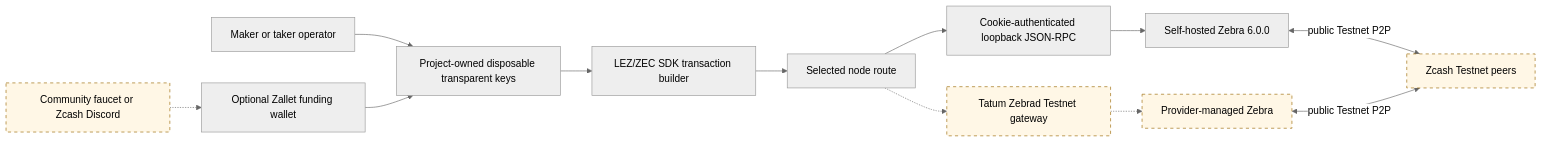
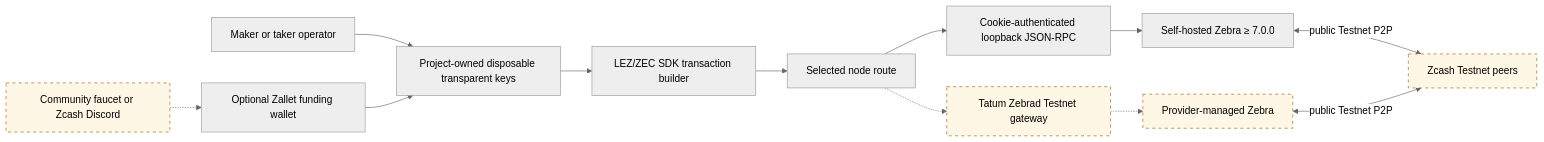
The diagram in docs/zcash-testnet-setup.md (gateway-fm/lez-atomic-swaps), drawn with Mermaid (neutral theme) before and after one commit. The commit also changed other lines of this file and 746 other files, not shown here.

````diff
--- a/docs/zcash-testnet-setup.md
+++ b/docs/zcash-testnet-setup.md
@@ -14,17 +24,17 @@
 ```mermaid
 flowchart LR
     Operator["Maker or taker operator"] --> Keys["Project-owned disposable transparent keys"]
     Keys --> SDK["LEZ/ZEC SDK transaction builder"]
     SDK --> Route["Selected node route"]
     Route --> RPC["Cookie-authenticated loopback JSON-RPC"]
-    RPC --> Zebra["Self-hosted Zebra 6.0.0"]
+    RPC --> Zebra["Self-hosted Zebra ≥ 7.0.0"]
     Zebra <-->|"public Testnet P2P"| Peers["Zcash Testnet peers"]
     Route -.-> Tatum["Tatum Zebrad Testnet gateway"]
     Tatum -.-> Managed["Provider-managed Zebra"]
     Managed <-->|"public Testnet P2P"| Peers
     Faucet["Community faucet or Zcash Discord"] -.-> Funding["Optional Zallet funding wallet"]
     Funding --> Keys
 
     classDef external stroke-dasharray: 5 5,fill:#fff7e6,stroke:#9a6700;
     class Peers,Faucet,Tatum,Managed external;
 ```
````
